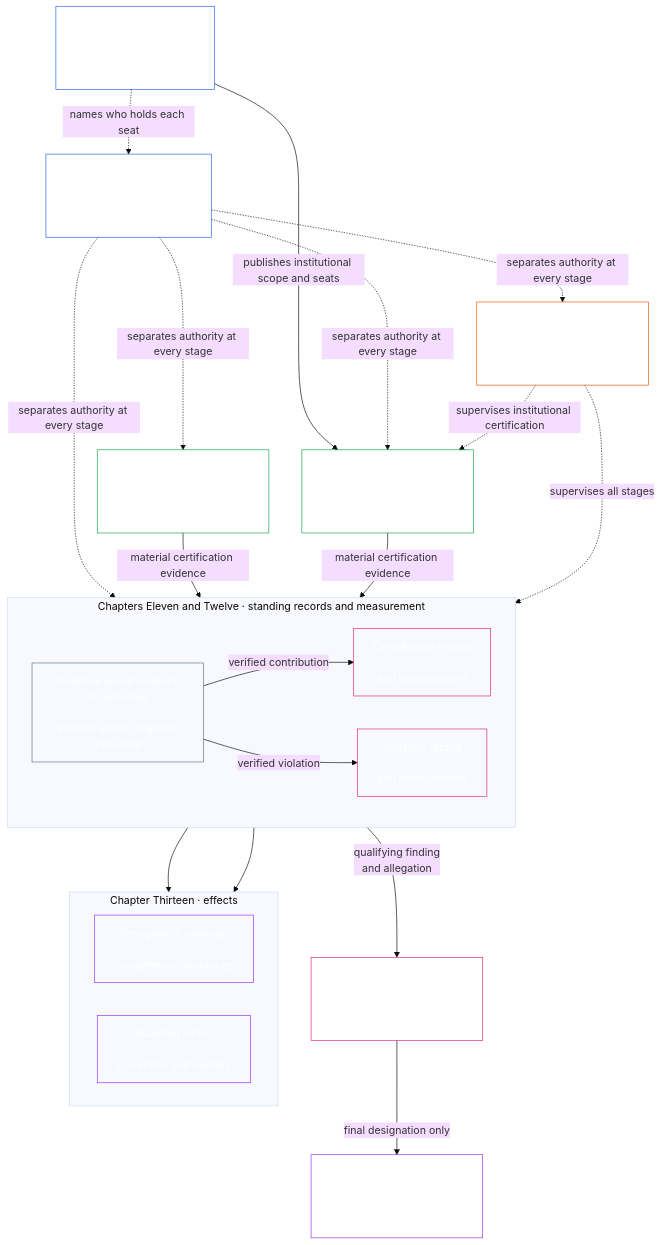
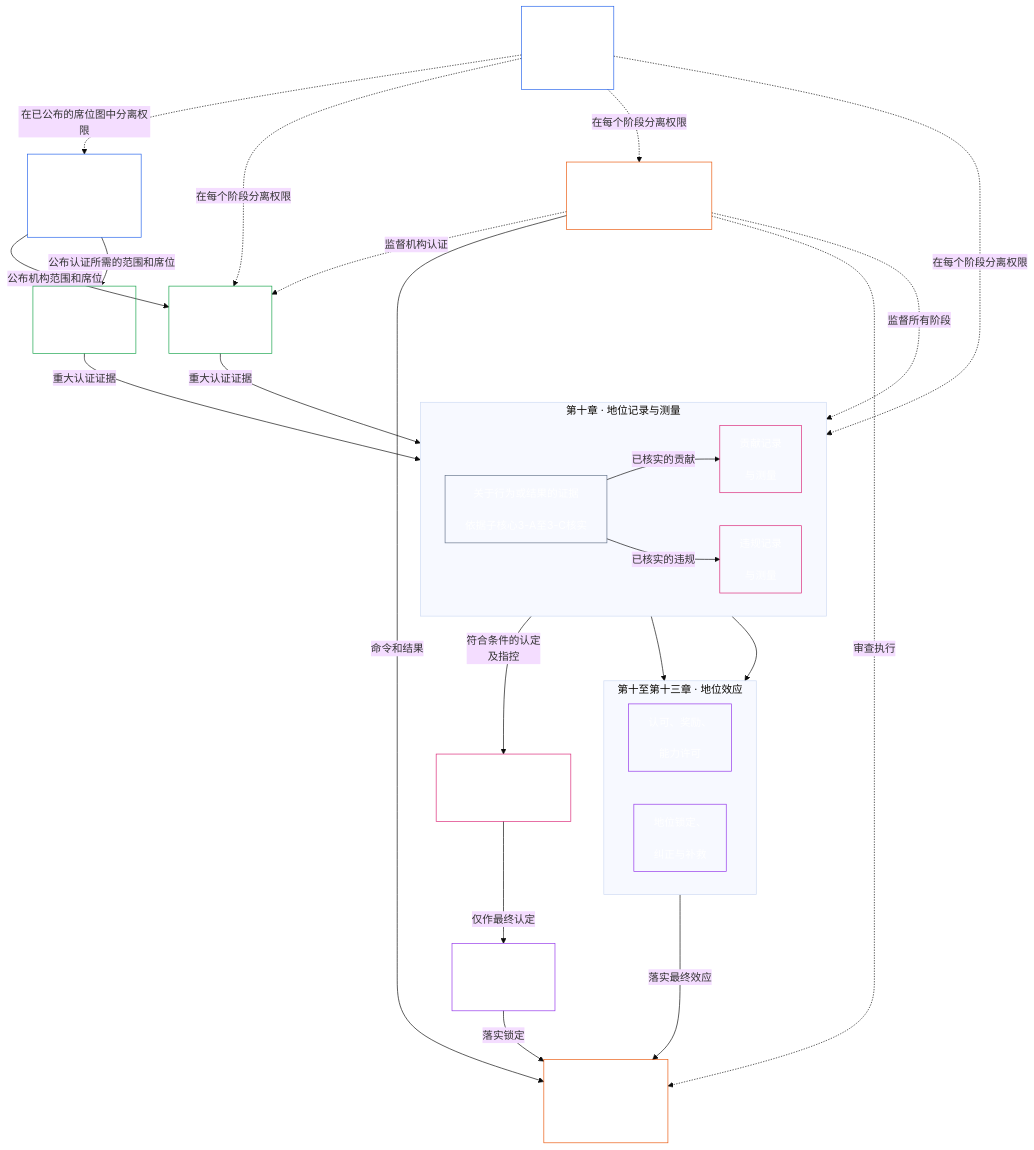
The second of 2 diagrams in project/translation_drafts/2026-11-26/ch00_ch01_resync/zh__core_01.000_constitutional_map.md (kfoelsch/Sentient_Constitution), drawn with Mermaid (base theme) before and after one commit. The commit also changed other lines of this file and 42 other files, not shown here.

````diff
--- a/project/translation_drafts/2026-11-26/ch00_ch01_resync/zh__core_01.000_constitutional_map.md
+++ b/project/translation_drafts/2026-11-26/ch00_ch01_resync/zh__core_01.000_constitutional_map.md
@@ -257,49 +257,55 @@
 ```mermaid
 flowchart TB
-    H["Chapter Seven<br/><br/>System and Institutional<br/>Charters"]
-    D["Chapter Eight<br/><br/>Functional independence<br/>and separation of duties"]
-    S["Chapter Nine<br/><br/>System alignment certification"]
-    I["Chapter Ten<br/><br/>Institutional alignment certification"]
-    subgraph Q["Chapters Eleven and Twelve · standing records and measurement"]
+    D["第六章<br/><br/>职能独立<br/>与职责分离"]
+    H["第五章<br/><br/>系统章程与机构<br/>章程"]
+    S["第八章<br/><br/>系统对齐认证"]
+    I["第九章<br/><br/>机构对齐认证"]
+    subgraph Q["第十章 · 地位记录与测量"]
         direction LR
-        E["Evidence about conduct or outcomes<br/><br/>Verified under Chapters Two–Four"]
-        C["Contribution record<br/><br/>and measurement"]
-        V["Violation record<br/><br/>and measurement"]
+        E["关于行为或结果的证据<br/><br/>依据子核心3-A至3-C核实"]
+        C["贡献记录<br/><br/>与测量"]
+        V["违规记录<br/><br/>与测量"]
     end
-    subgraph N["Chapter Thirteen · effects"]
+    subgraph N["第十至第十三章 · 地位效应"]
         direction LR
-        U["Recognition, rewards,<br/><br/>competency clearances"]
-        R["Standing locks,<br/><br/>correction and remedy"]
+        U["认可、奖励、<br/><br/>能力许可"]
+        R["地位锁定、<br/><br/>纠正与补救"]
     end
-    M["Chapter Fourteen<br/><br/>Anti-constitutional misconduct review"]
-    L["Chapter Thirteen<br/><br/>Anti-Constitutional Trust Lock"]
-    F["Chapter Fifteen forums<br/><br/>Supervision, challenge and timely review"]
-    H -.->|names who holds each seat| D
-    H -->|publishes institutional scope and seats| I
-    D -.->|separates authority at every stage| S
-    D -.->|separates authority at every stage| I
-    D -.->|separates authority at every stage| E
-    D -.->|separates authority at every stage| F
+    M["第十四章<br/><br/>反宪法不当行为审查"]
+    L["第十二章<br/><br/>反宪法信任锁"]
+    F["第十六和第十七章论坛<br/><br/>监督、质疑与及时审查"]
+    X["第十九和第二十章<br/><br/>执行：落实结果，<br/>在限度内特别执行"]
+    D -.->|在已公布的席位图中分离权限| H
+    H -->|公布机构范围和席位| I
+    H -->|公布认证所需的范围和席位| S
+    D -.->|在每个阶段分离权限| I
+    D -.->|在每个阶段分离权限| E
+    D -.->|在每个阶段分离权限| F
     C --> U
     V --> R
-    M -->|final designation only| L
-    V -->|qualifying finding<br/>and allegation| M
-    S -->|material certification evidence| E
-    I -->|material certification evidence| E
-    E -->|verified contribution| C
-    E -->|verified violation| V
-    F -.->|supervises all stages| E
-    F -.->|supervises institutional certification| I
+    M -->|仅作最终认定| L
+    V -->|符合条件的认定<br/>及指控| M
+    S -->|重大认证证据| E
+    I -->|重大认证证据| E
+    E -->|已核实的贡献| C
+    E -->|已核实的违规| V
+    F -.->|监督所有阶段| E
+    F -.->|监督机构认证| I
+    R -->|落实最终效应| X
+    L -->|落实锁定| X
+    F -->|命令和结果| X
+    F -.->|审查执行| X
     style H fill:none,stroke:#2563eb,color:#ffffff
     style D fill:none,stroke:#2563eb,color:#ffffff
     style S fill:none,stroke:#16a34a,color:#ffffff
     style I fill:none,stroke:#16a34a,color:#ffffff
     style E fill:none,stroke:#64748b,color:#ffffff
     style C fill:none,stroke:#db2777,color:#ffffff
     style V fill:none,stroke:#db2777,color:#ffffff
     style U fill:none,stroke:#9333ea,color:#ffffff
     style R fill:none,stroke:#9333ea,color:#ffffff
     style M fill:none,stroke:#db2777,color:#ffffff
     style L fill:none,stroke:#9333ea,color:#ffffff
     style F fill:none,stroke:#ea580c,color:#ffffff
+    style X fill:none,stroke:#ea580c,color:#ffffff
 ```
````
